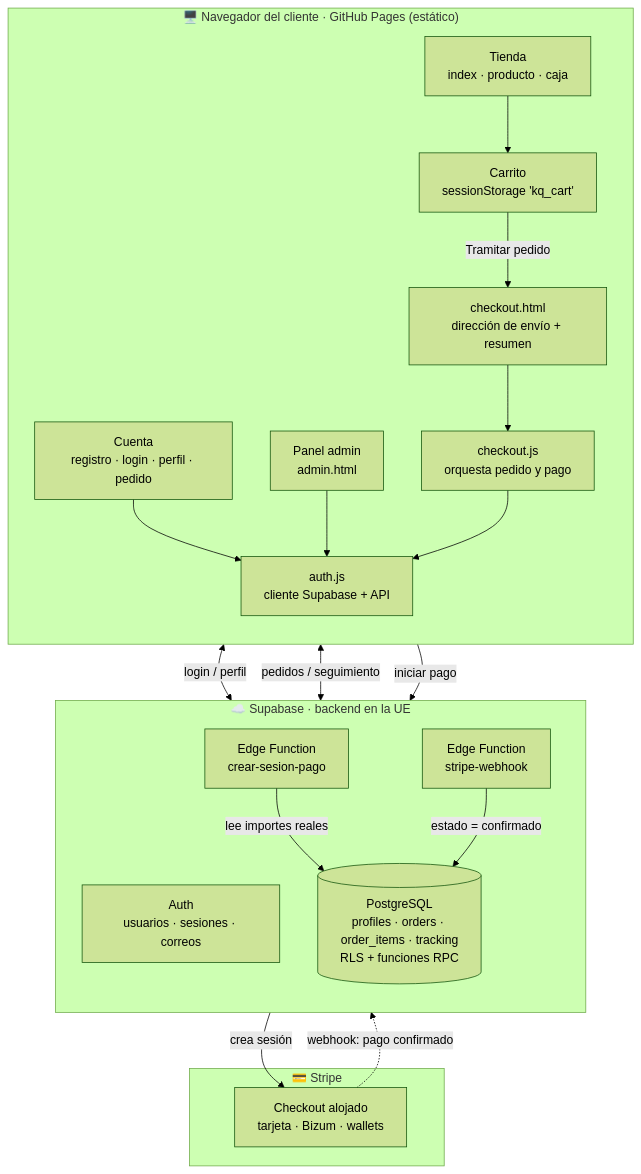
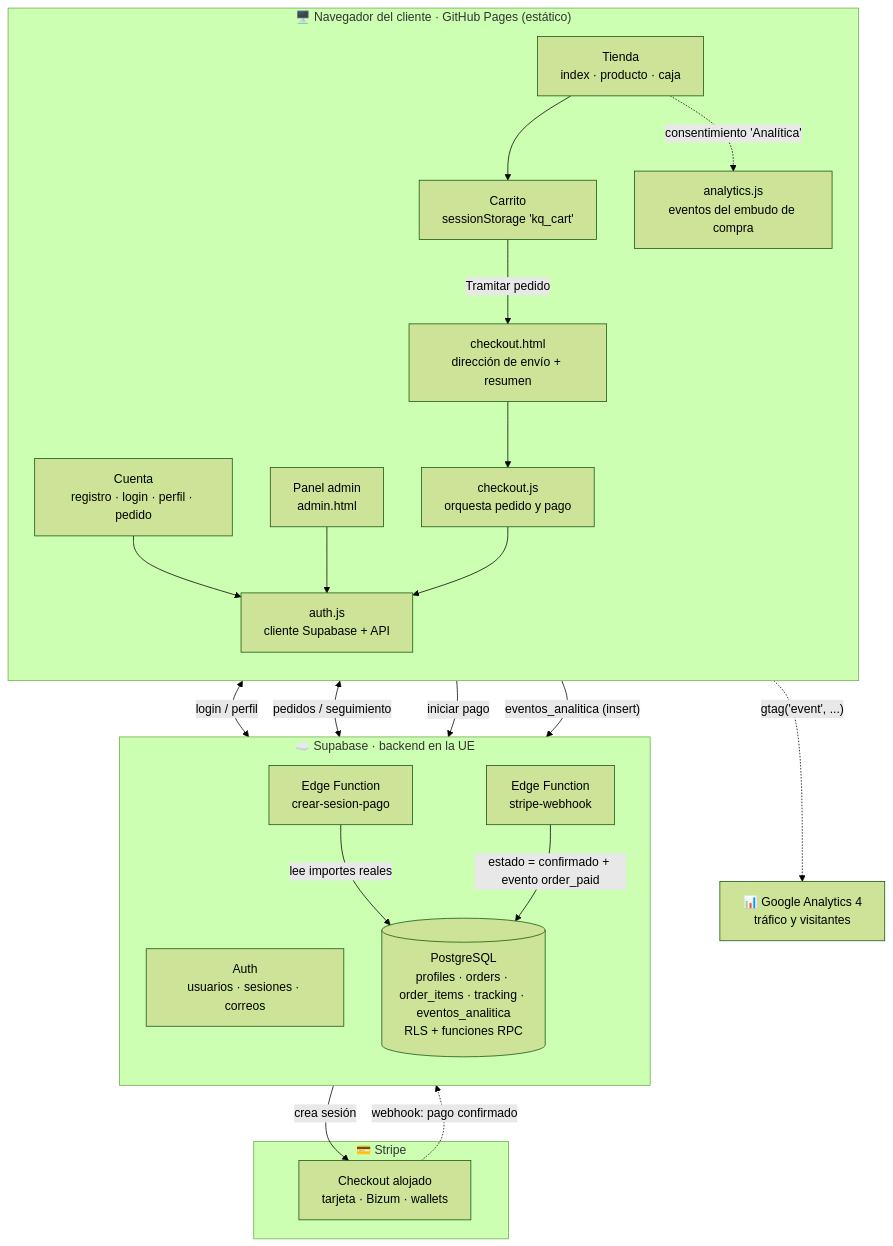
Before and after one commit to AFranco13/chuchebarata.github.io: the first of 5 diagrams in docs/ARQUITECTURA.md, drawn with Mermaid (forest theme). The commit also changed other lines of this file and 31 other files, not shown here.

````diff
--- a/docs/ARQUITECTURA.md
+++ b/docs/ARQUITECTURA.md
@@ -10,39 +10,45 @@
 ```mermaid
 flowchart TB
   subgraph NAV["🖥️ Navegador del cliente · GitHub Pages (estático)"]
     direction TB
     Tienda["Tienda<br/>index · producto · caja"]
     Cuenta["Cuenta<br/>registro · login · perfil · pedido"]
     Admin["Panel admin<br/>admin.html"]
     Carrito["Carrito<br/>sessionStorage 'kq_cart'"]
     AuthJS["auth.js<br/>cliente Supabase + API"]
     CheckoutPage["checkout.html<br/>dirección de envío + resumen"]
     CheckoutJS["checkout.js<br/>orquesta pedido y pago"]
+    AnalyticsJS["analytics.js<br/>eventos del embudo de compra"]
   end
 
   subgraph SUPA["☁️ Supabase · backend en la UE"]
     direction TB
     AuthSB["Auth<br/>usuarios · sesiones · correos"]
-    DB[("PostgreSQL<br/>profiles · orders · order_items · tracking<br/>RLS + funciones RPC")]
+    DB[("PostgreSQL<br/>profiles · orders · order_items · tracking · eventos_analitica<br/>RLS + funciones RPC")]
     EF1["Edge Function<br/>crear-sesion-pago"]
     EF2["Edge Function<br/>stripe-webhook"]
   end
 
   subgraph STRIPE["💳 Stripe"]
     Checkout["Checkout alojado<br/>tarjeta · Bizum · wallets"]
   end
+
+  GA4["📊 Google Analytics 4<br/>tráfico y visitantes"]
 
   Tienda --> Carrito
   Cuenta --> AuthJS
   Admin --> AuthJS
   Carrito -->|"Tramitar pedido"| CheckoutPage
   CheckoutPage --> CheckoutJS
   CheckoutJS --> AuthJS
   AuthJS <-->|"login / perfil"| AuthSB
   AuthJS <-->|"pedidos / seguimiento"| DB
   CheckoutJS -->|"iniciar pago"| EF1
   EF1 -->|"lee importes reales"| DB
   EF1 -->|"crea sesión"| Checkout
   Checkout -. "webhook: pago confirmado" .-> EF2
-  EF2 -->|"estado = confirmado"| DB
+  EF2 -->|"estado = confirmado + evento order_paid"| DB
+  Tienda -.->|"consentimiento 'Analítica'"| AnalyticsJS
+  AnalyticsJS -->|"eventos_analitica (insert)"| DB
+  AnalyticsJS -. "gtag('event', ...)" .-> GA4
 ```
````
